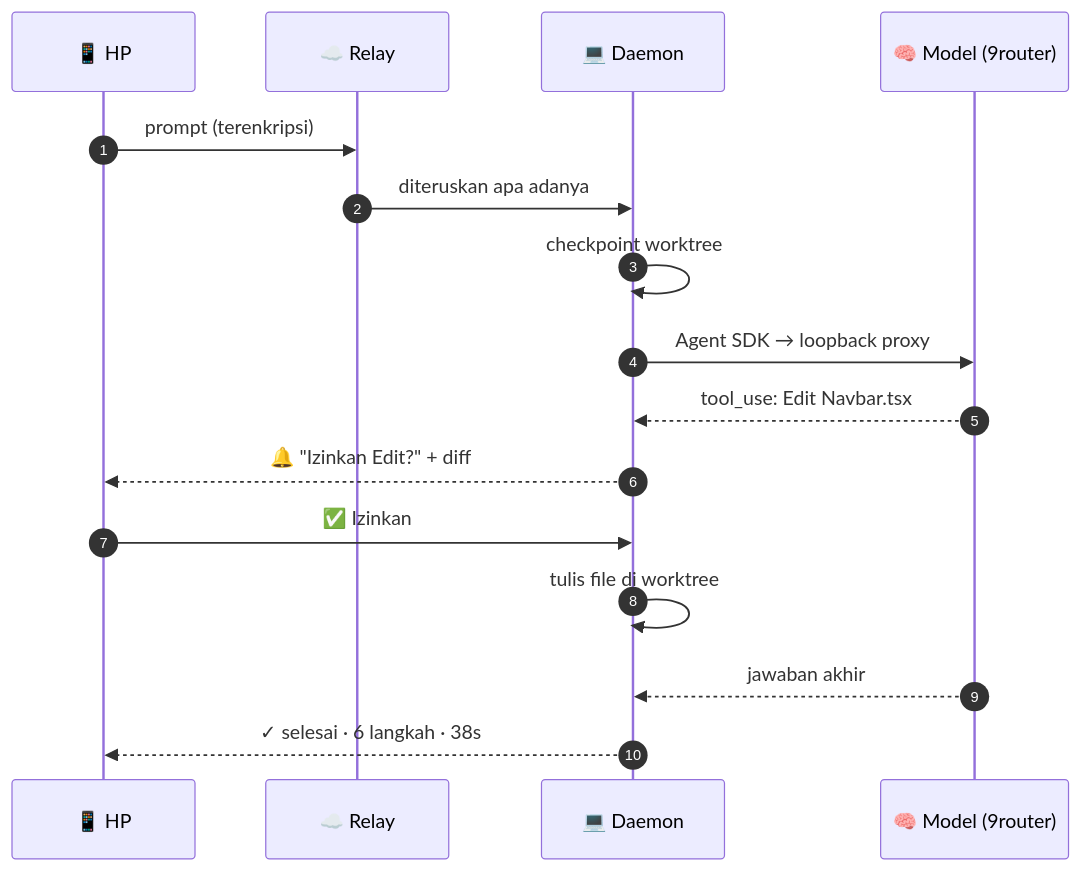
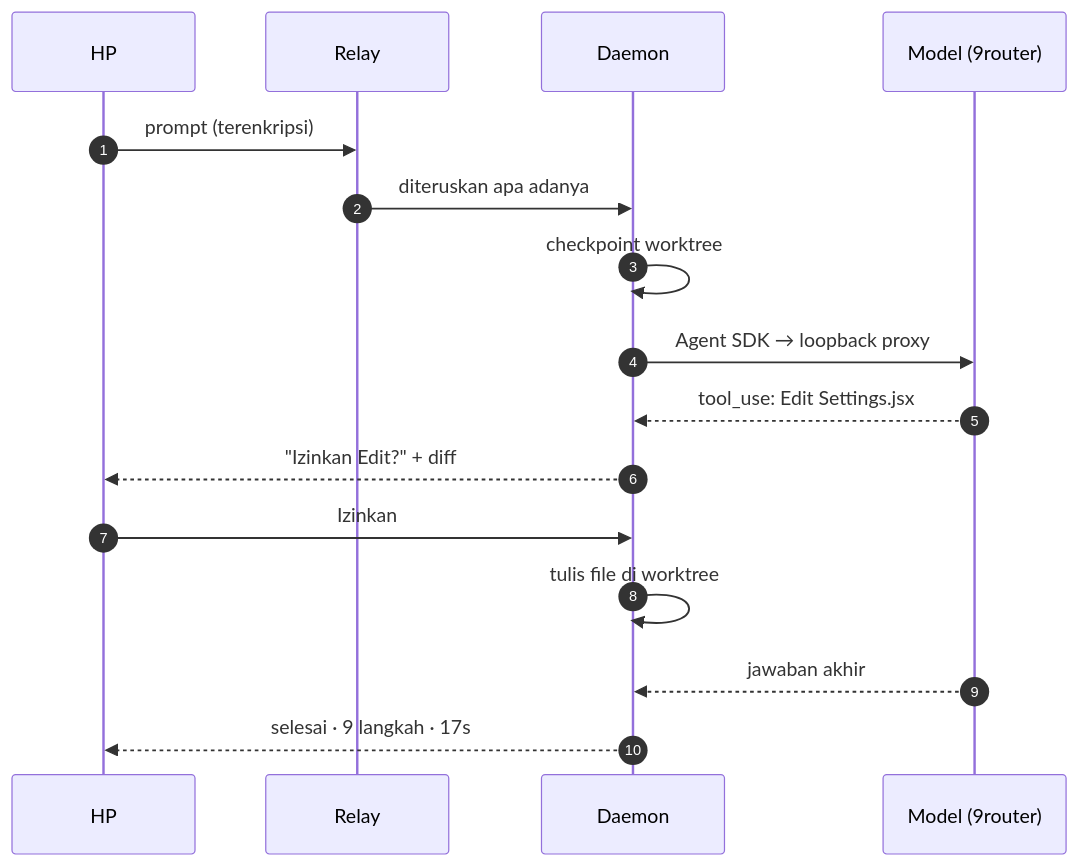
Before and after one commit to arfakaisar/snugcode: the second of 5 diagrams in README.md, drawn with Mermaid. The commit also changed other lines of this file and 33 other files, not shown here.

````diff
--- a/README.md
+++ b/README.md
@@ -131,19 +264,19 @@
 ```mermaid
 sequenceDiagram
     autonumber
-    participant HP as 📱 HP
-    participant Relay as ☁️ Relay
-    participant PC as 💻 Daemon
-    participant AI as 🧠 Model (9router)
+    participant HP as HP
+    participant Relay as Relay
+    participant PC as Daemon
+    participant AI as Model (9router)
 
     HP->>Relay: prompt (terenkripsi)
     Relay->>PC: diteruskan apa adanya
     PC->>PC: checkpoint worktree
     PC->>AI: Agent SDK → loopback proxy
-    AI-->>PC: tool_use: Edit Navbar.tsx
-    PC-->>HP: 🔔 "Izinkan Edit?" + diff
-    HP->>PC: ✅ Izinkan
+    AI-->>PC: tool_use: Edit Settings.jsx
+    PC-->>HP: "Izinkan Edit?" + diff
+    HP->>PC: Izinkan
     PC->>PC: tulis file di worktree
     AI-->>PC: jawaban akhir
-    PC-->>HP: ✓ selesai · 6 langkah · 38s
+    PC-->>HP: selesai · 9 langkah · 17s
 ```
````
